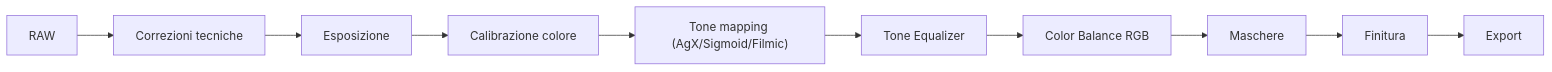
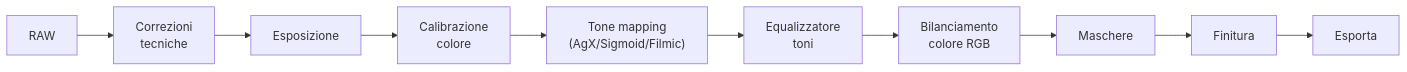
One commit to lorenzoperone/darktable-docs changed the diagram in docs/workflow/index.md. Above: the diagram before and after it, drawn with Mermaid. The commit also changed 40 other files, not shown here.

First line of the commit message:
fix: reformatta diagrammi Mermaid — etichette brevi, break line, italiano

````diff
--- a/docs/workflow/index.md
+++ b/docs/workflow/index.md
@@ -23,6 +23,6 @@
 ```mermaid
 flowchart LR
-    A["RAW"] --> B["Correzioni tecniche"] --> C["Esposizione"] --> D["Calibrazione colore"]
-    --> E["Tone mapping (AgX/Sigmoid/Filmic)"] --> F["Tone Equalizer"]
-    --> G["Color Balance RGB"] --> H["Maschere"] --> I["Finitura"] --> J["Export"]
+    A["RAW"] --> B["Correzioni<br/>tecniche"] --> C["Esposizione"] --> D["Calibrazione<br/>colore"]
+    --> E["Tone mapping<br/>(AgX/Sigmoid/Filmic)"] --> F["Equalizzatore<br/>toni"]
+    --> G["Bilanciamento<br/>colore RGB"] --> H["Maschere"] --> I["Finitura"] --> J["Esporta"]
 ```
````
